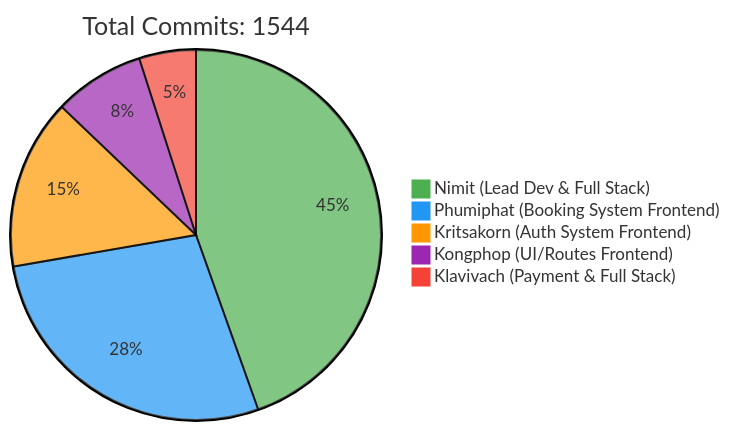
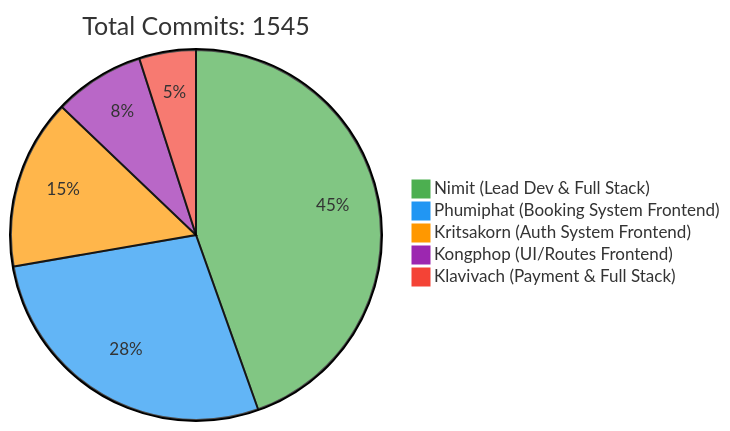
The first of 2 diagrams in README.md (6531503042/Sport-Complex), drawn with Mermaid before and after one commit. The commit also changed other lines of this file, not shown here.

Commit message:
docs: Update contributor statistics [skip ci]

````diff
--- a/README.md
+++ b/README.md
@@ -257,10 +257,10 @@
 ```mermaid
 %%{init: {'theme': 'base', 'themeVariables': { 'pie1': '#4CAF50', 'pie2': '#2196F3', 'pie3': '#FF9800', 'pie4': '#9C27B0', 'pie5': '#F44336'}}}%%
 pie
-    title Total Commits: 1544
+    title Total Commits: 1545
     "Nimit (Lead Dev & Full Stack)" : 450
     "Phumiphat (Booking System Frontend)" : 280
     "Kritsakorn (Auth System Frontend)" : 150
     "Kongphop (UI/Routes Frontend)" : 80
     "Klavivach (Payment & Full Stack)" : 50
 ```
````
